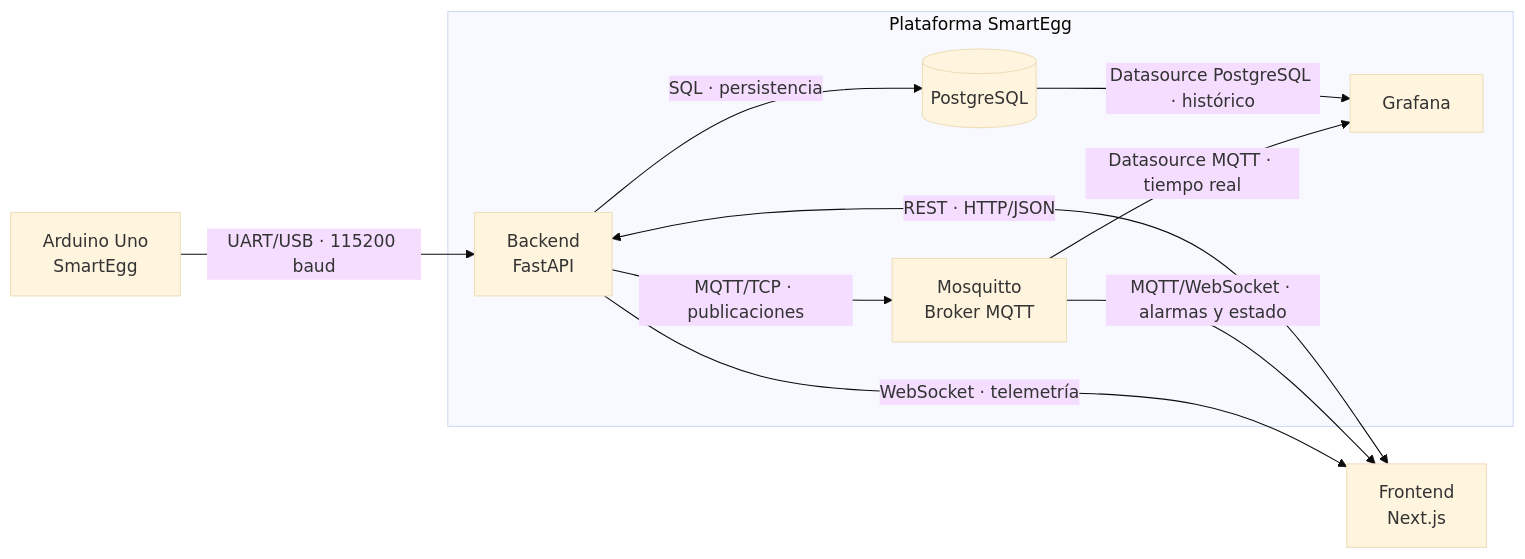
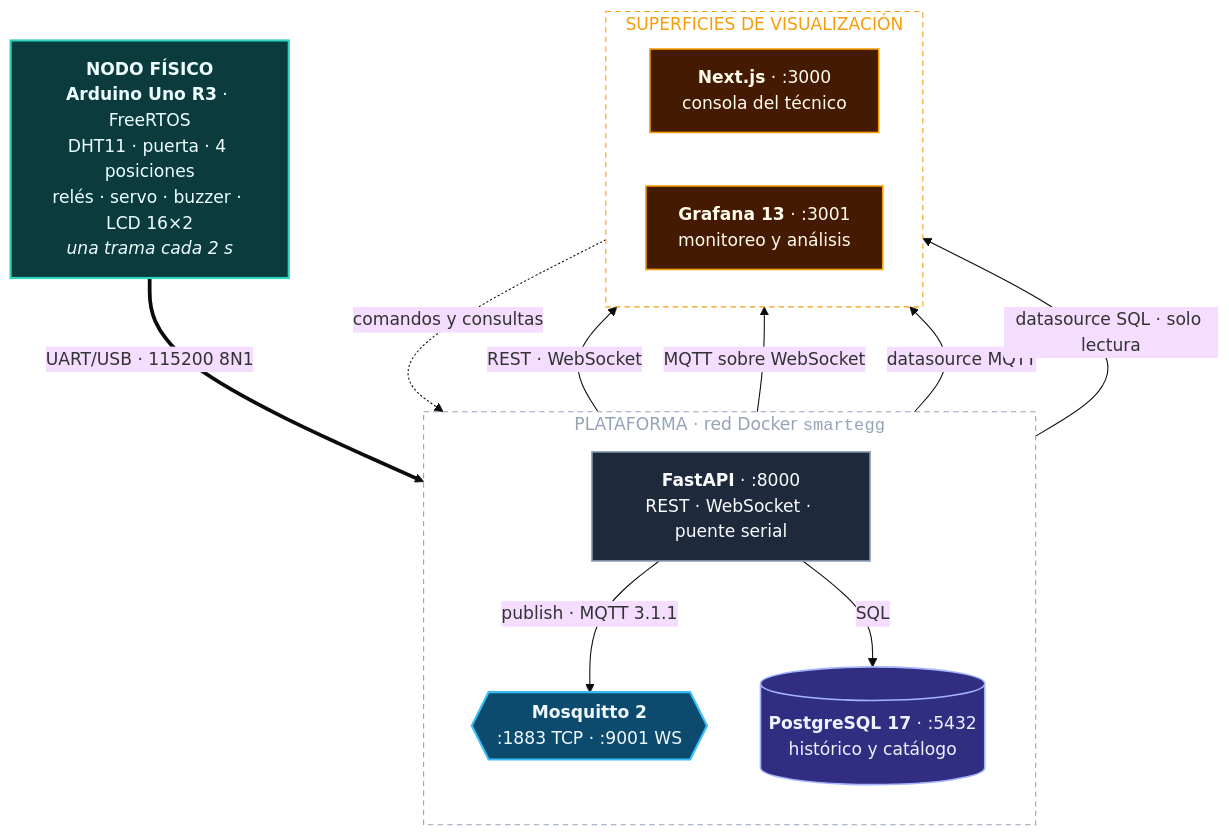
The first of 7 diagrams in Proyecto_1_SmartEgg/README.md (ricardious/AYC2_G3), drawn with Mermaid (base theme) before and after one commit. The commit also changed other lines of this file, not shown here.

Commit message:
docs: mejorar diagrama de arquitectura

````diff
--- a/Proyecto_1_SmartEgg/README.md
+++ b/Proyecto_1_SmartEgg/README.md
@@ -26,21 +49,41 @@
 ```mermaid
-flowchart LR
-    NODE["Arduino Uno<br/>SmartEgg"]
-    WEB["Frontend<br/>Next.js"]
+flowchart TB
+    NODE["<b>NODO FÍSICO</b><br/><b>Arduino Uno R3</b> · FreeRTOS<br/>DHT11 · puerta · 4 posiciones<br/>relés · servo · buzzer · LCD 16×2<br/><i>una trama cada 2 s</i>"]
 
-    subgraph PLATFORM["Plataforma SmartEgg"]
-        API["Backend<br/>FastAPI"]
-        DB[("PostgreSQL")]
-        MQTT["Mosquitto<br/>Broker MQTT"]
-        GRAFANA["Grafana"]
+    subgraph PLATAFORMA["PLATAFORMA · red Docker <code>smartegg</code>"]
+        direction TB
+        API["<b>FastAPI</b> · :8000<br/>REST · WebSocket · puente serial"]
+        MQTT{{"<b>Mosquitto 2</b><br/>:1883 TCP · :9001 WS"}}
+        DB[("<b>PostgreSQL 17</b> · :5432<br/>histórico y catálogo")]
+        API -->|"publish · MQTT 3.1.1"| MQTT
+        API -->|"SQL"| DB
     end
 
-    NODE -->|"UART/USB · 115200 baud"| API
-    WEB <-->|"REST · HTTP/JSON"| API
-    API -->|"WebSocket · telemetría"| WEB
-    API -->|"SQL · persistencia"| DB
-    API -->|"MQTT/TCP · publicaciones"| MQTT
-    MQTT -->|"MQTT/WebSocket · alarmas y estado"| WEB
-    MQTT -->|"Datasource MQTT · tiempo real"| GRAFANA
-    DB -->|"Datasource PostgreSQL · histórico"| GRAFANA
+    subgraph CONSUMO["SUPERFICIES DE VISUALIZACIÓN"]
+        direction LR
+        WEB["<b>Next.js</b> · :3000<br/>consola del técnico"]
+        GRAFANA["<b>Grafana 13</b> · :3001<br/>monitoreo y análisis"]
+    end
+
+    NODE ==>|"UART/USB · 115200 8N1"| API
+    API -->|"REST · WebSocket"| WEB
+    WEB -.->|"comandos y consultas"| API
+    MQTT -->|"MQTT sobre WebSocket"| WEB
+    MQTT -->|"datasource MQTT"| GRAFANA
+    DB -->|"datasource SQL · solo lectura"| GRAFANA
+
+    classDef fisico fill:#0b3b3c,stroke:#2dd4bf,color:#ecfeff,stroke-width:2px
+    classDef servicio fill:#1e293b,stroke:#94a3b8,color:#f8fafc,stroke-width:1.5px
+    classDef almacen fill:#312e81,stroke:#a5b4fc,color:#eef2ff,stroke-width:1.5px
+    classDef broker fill:#0c4a6e,stroke:#38bdf8,color:#f0f9ff,stroke-width:2px
+    classDef vista fill:#451a03,stroke:#f59e0b,color:#fffbeb,stroke-width:1.5px
+
+    class NODE fisico
+    class API servicio
+    class DB almacen
+    class MQTT broker
+    class WEB,GRAFANA vista
+
+    style PLATAFORMA fill:none,stroke:#94a3b8,stroke-dasharray:5 4,color:#94a3b8
+    style CONSUMO fill:none,stroke:#f59e0b,stroke-dasharray:5 4,color:#f59e0b
 ```
````
